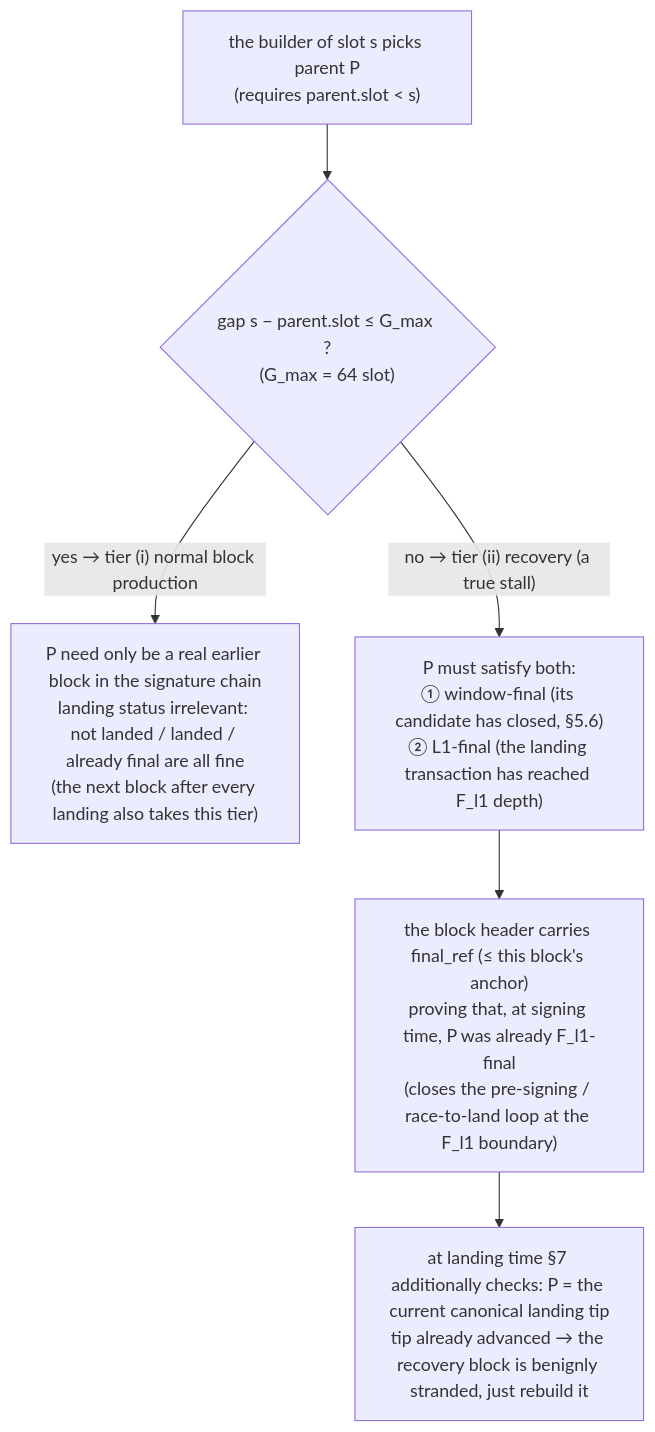
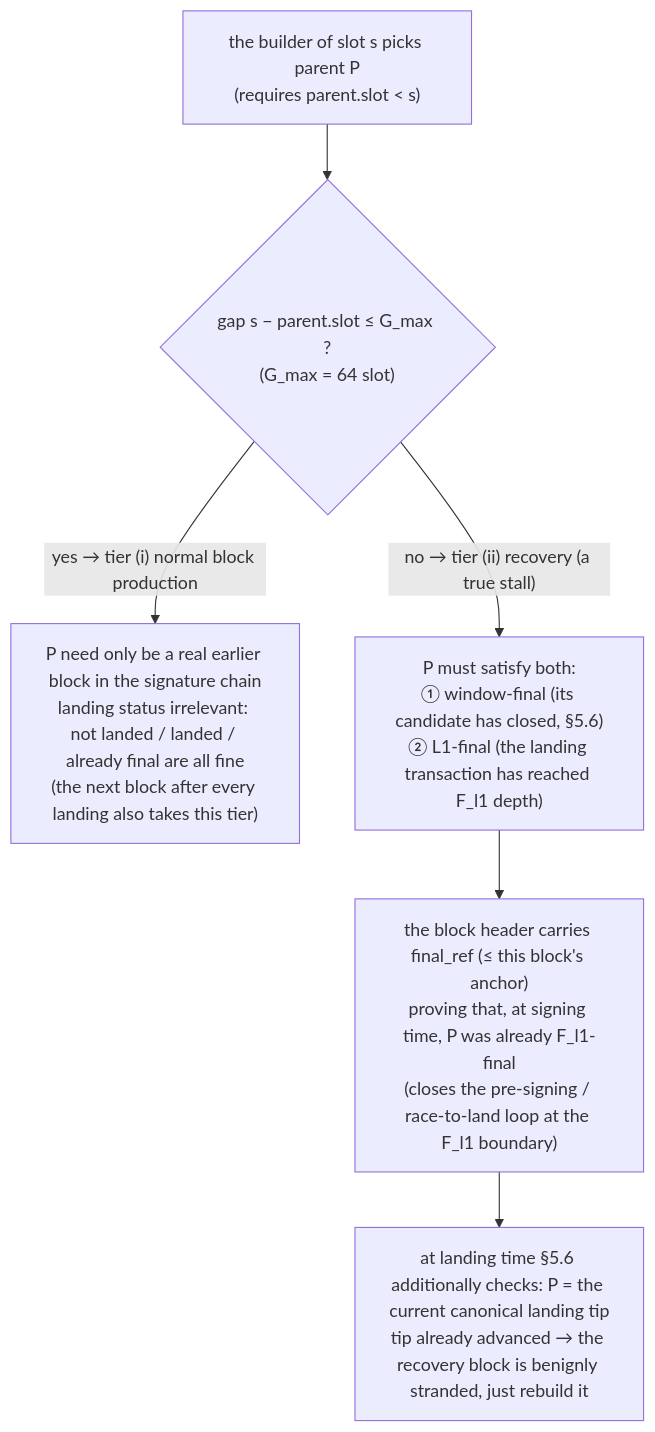
The fourth of 9 diagrams in packages/protocol/docs/preconfirmation-v2/slot-chain-spec.en.md (taikoxyz/taiko-mono), drawn with Mermaid before and after one commit. The commit also changed other lines of this file and 7 other files, not shown here.

````diff
--- a/packages/protocol/docs/preconfirmation-v2/slot-chain-spec.en.md
+++ b/packages/protocol/docs/preconfirmation-v2/slot-chain-spec.en.md
@@ -445,8 +444,8 @@
   ```mermaid
   flowchart TD
       S["the builder of slot s picks parent P<br/>(requires parent.slot < s)"] --> G{"gap s − parent.slot ≤ G_max ?<br/>(G_max = 64 slot)"}
       G -->|"yes → tier (i) normal block production"| T1["P need only be a real earlier block in the signature chain<br/>landing status irrelevant: not landed / landed / already final are all fine<br/>(the next block after every landing also takes this tier)"]
       G -->|"no → tier (ii) recovery (a true stall)"| T2["P must satisfy both:<br/>① window-final (its candidate has closed, §5.6)<br/>② L1-final (the landing transaction has reached F_l1 depth)"]
       T2 --> FR["the block header carries final_ref (≤ this block's anchor)<br/>proving that, at signing time, P was already F_l1-final<br/>(closes the pre-signing / race-to-land loop at the F_l1 boundary)"]
-      FR --> LAND["at landing time §7 additionally checks: P = the current canonical landing tip<br/>tip already advanced → the recovery block is benignly stranded, just rebuild it"]
+      FR --> LAND["at landing time §5.6 additionally checks: P = the current canonical landing tip<br/>tip already advanced → the recovery block is benignly stranded, just rebuild it"]
   ```
````
